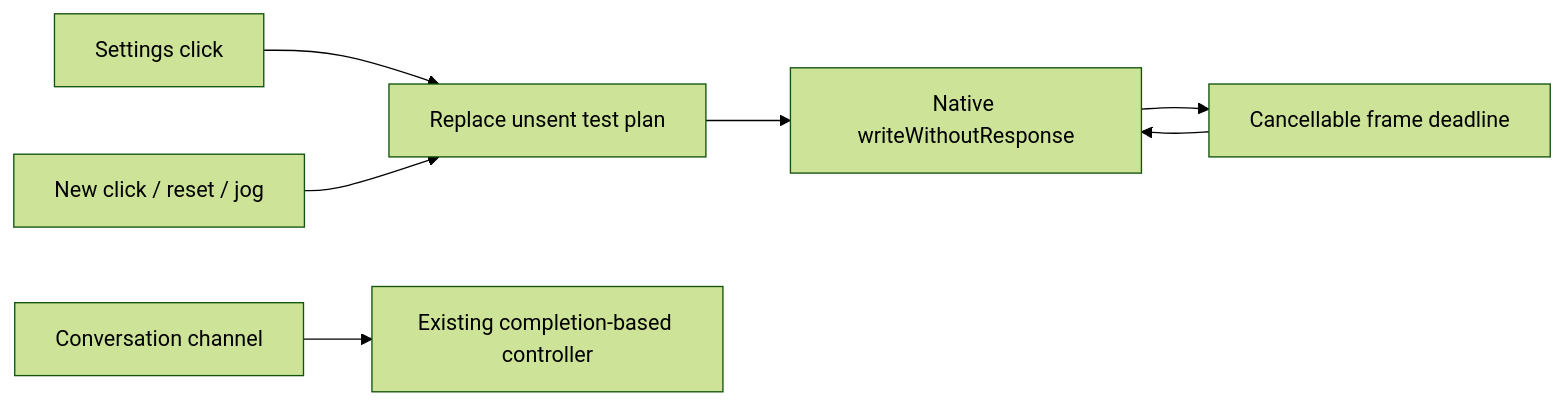
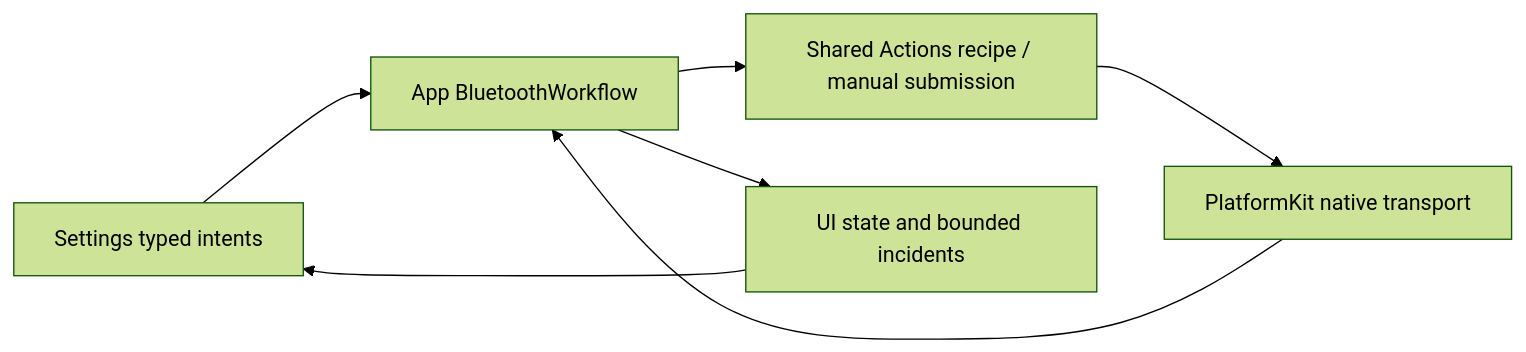
The second of 3 diagrams in MobileHarness/UI/Settings/README.md (devilyouwei/MobileHarness), drawn with Mermaid (forest theme) before and after one commit. The commit also changed other lines of this file and 70 other files, not shown here.

First line of the commit message:
Fix Bluetooth recovery and manual control; add audio detection

````diff
--- a/MobileHarness/UI/Settings/README.md
+++ b/MobileHarness/UI/Settings/README.md
@@ -121,9 +91,9 @@
 ```mermaid
 flowchart LR
-    Click[Settings click] --> Replace[Replace unsent test plan]
-    Replace --> Live[Native writeWithoutResponse]
-    Live --> Clock[Cancellable frame deadline]
-    Clock --> Live
-    Next[New click / reset / jog] --> Replace
-    Channel[Conversation channel] --> Feedback[Existing completion-based controller]
+    UI[Settings typed intents] --> Workflow[App BluetoothWorkflow]
+    Workflow --> Actions[Shared Actions recipe / manual submission]
+    Actions --> BLE[PlatformKit native transport]
+    BLE --> Workflow
+    Workflow --> Values[UI state and bounded incidents]
+    Values --> UI
 ```
````
